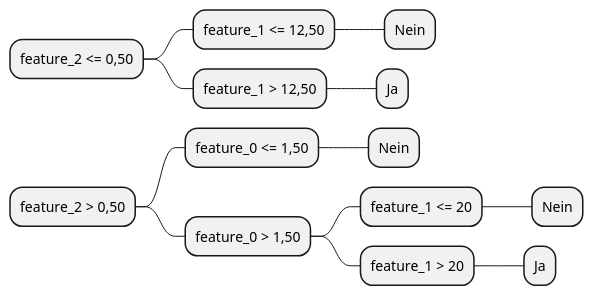
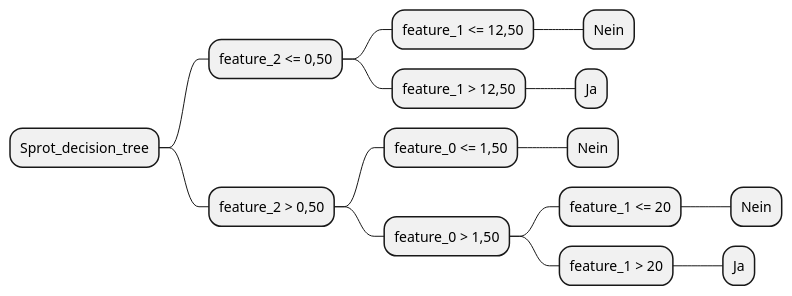
One commit to Martin1088/Python-With-Screenreader changed the diagram in Basic/jupyter/decison_sport.puml. Above: the diagram before and after it, drawn with PlantUML. The commit also changed 1 other file, not shown here.

```diff
--- a/Basic/jupyter/decison_sport.puml
+++ b/Basic/jupyter/decison_sport.puml
@@ -1,15 +1,16 @@
 @startmindmap
-+ feature_2 <= 0,50
-++ feature_1 <= 12,50
-+++ Nein
-++ feature_1 > 12,50
-+++ Ja
-+ feature_2 > 0,50
-++ feature_0 <= 1,50
-+++ Nein
-++ feature_0 > 1,50
-+++ feature_1 <= 20
++ Sprot_decision_tree
+++ feature_2 <= 0,50
++++ feature_1 <= 12,50
 ++++ Nein
-+++ feature_1 > 20
++++ feature_1 > 12,50
 ++++ Ja
+++ feature_2 > 0,50
++++ feature_0 <= 1,50
+++++ Nein
++++ feature_0 > 1,50
+++++ feature_1 <= 20
++++++ Nein
+++++ feature_1 > 20
++++++ Ja
 @endmindmap
```
